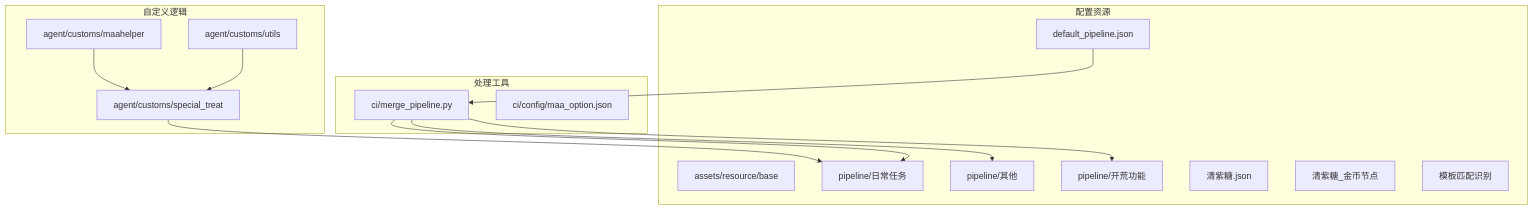
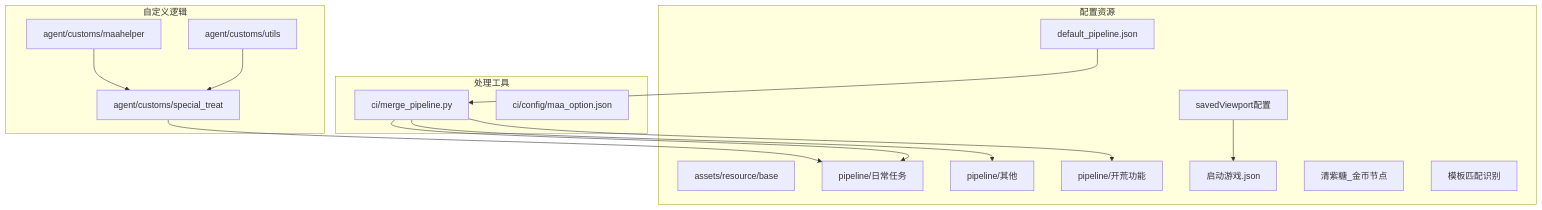
One commit to kqcoxn/MaaDuDuL changed the first of 10 diagrams in .qoder/repowiki/zh/content/资源与配置管理/任务流水线配置/任务流水线配置结构/任务流水线配置结构.md. Above: the diagram before and after it, drawn with Mermaid. The commit also changed other lines of this file and 12 other files, not shown here.

````diff
--- a/.qoder/repowiki/zh/content/资源与配置管理/任务流水线配置/任务流水线配置结构/任务流水线配置结构.md
+++ b/.qoder/repowiki/zh/content/资源与配置管理/任务流水线配置/任务流水线配置结构/任务流水线配置结构.md
@@ -42,29 +43,31 @@
 ```mermaid
 graph TB
 subgraph "配置资源"
 A[assets/resource/base]
 B[default_pipeline.json]
 C[pipeline/日常任务]
 D[pipeline/其他]
 E[pipeline/开荒功能]
-F[清紫糖.json]
+F[启动游戏.json]
 G[清紫糖_金币节点]
 H[模板匹配识别]
+I[savedViewport配置]
 end
 subgraph "处理工具"
-I[ci/merge_pipeline.py]
-J[ci/config/maa_option.json]
+J[ci/merge_pipeline.py]
+K[ci/config/maa_option.json]
 end
 subgraph "自定义逻辑"
-K[agent/customs/special_treat]
-L[agent/customs/maahelper]
-M[agent/customs/utils]
+L[agent/customs/special_treat]
+M[agent/customs/maahelper]
+N[agent/customs/utils]
 end
-I --> C
-I --> D
-I --> E
-B --> I
-K --> C
-L --> K
-M --> K
+J --> C
+J --> D
+J --> E
+B --> J
+L --> C
+M --> L
+N --> L
+I --> F
 ```
````
